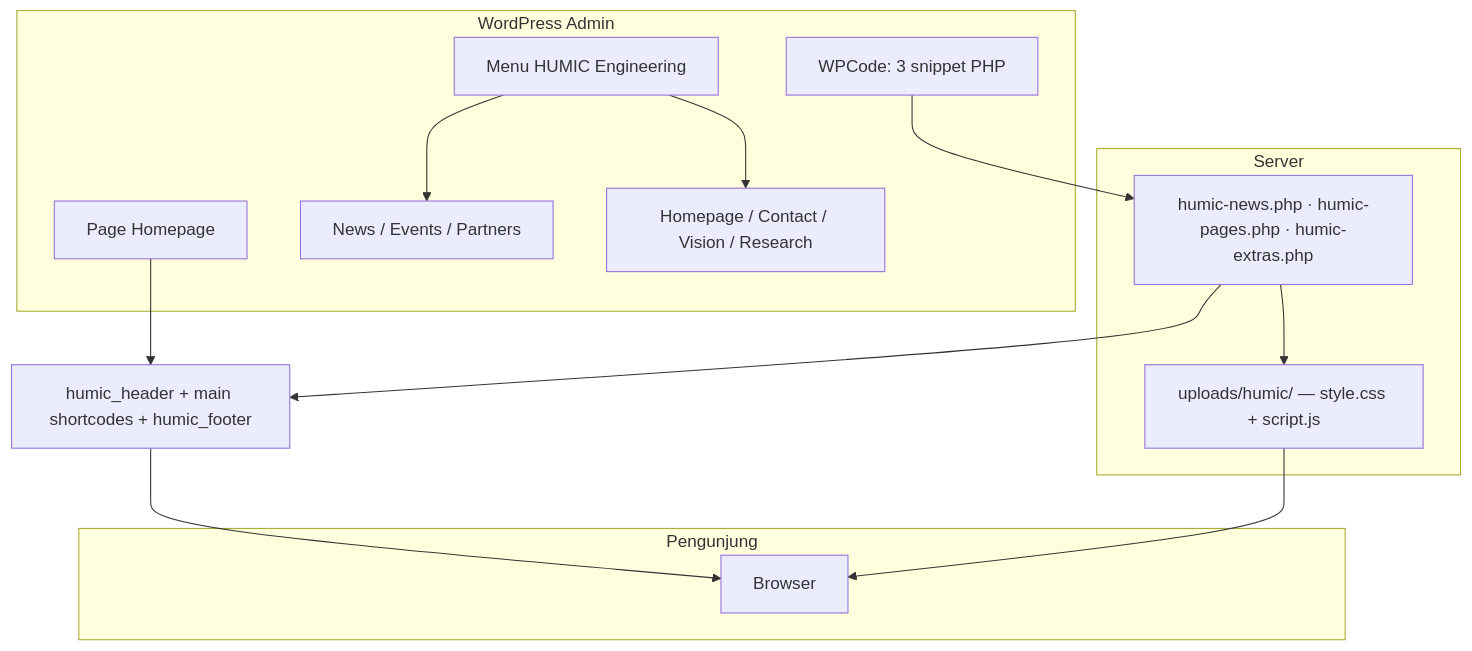
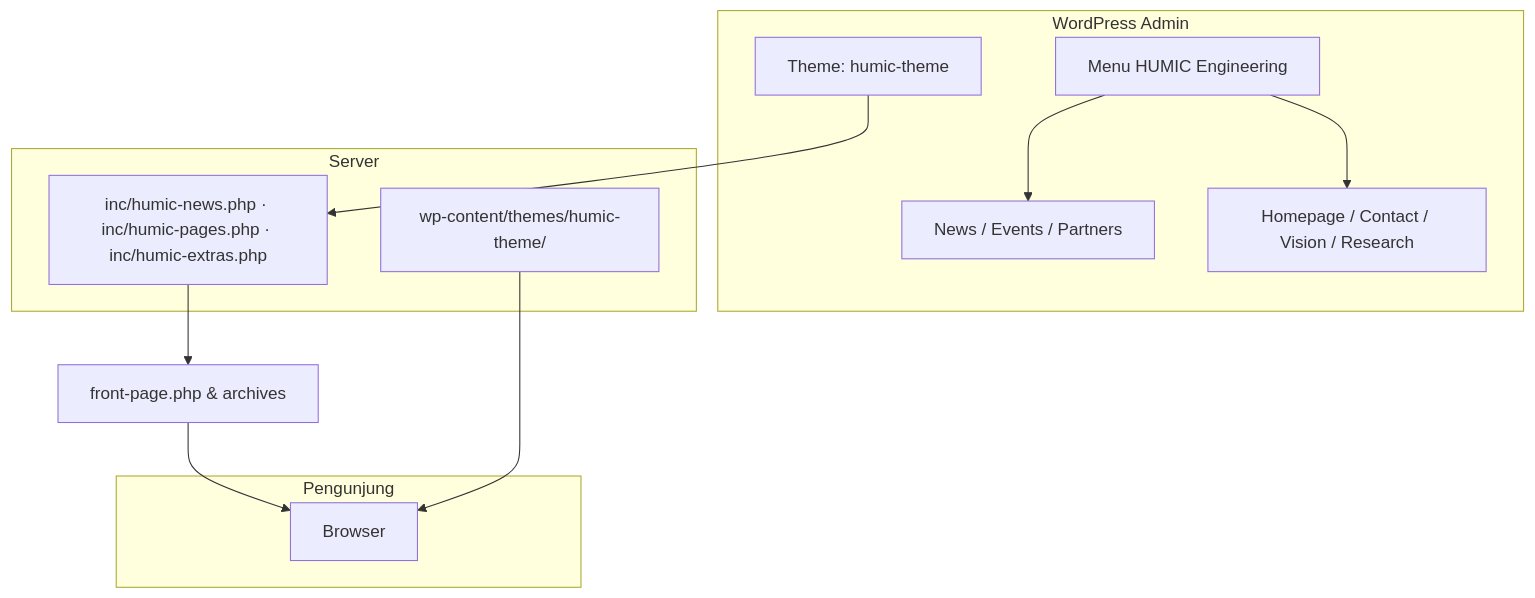
The first of 4 diagrams in README.md (Dhimmas/humicengineeringlandingpagewordpress), drawn with Mermaid before and after one commit. The commit also changed other lines of this file and 1 other file, not shown here.

Commit message:
add humic theme & update readme

````diff
--- a/README.md
+++ b/README.md
@@ -114,25 +114,22 @@
 ```mermaid
 flowchart TB
     subgraph Admin["WordPress Admin"]
-        WPCode["WPCode: 3 snippet PHP"]
-        Page["Page Homepage"]
+        Theme["Theme: humic-theme"]
         HUMICMenu["Menu HUMIC Engineering"]
         HUMICMenu --> News["News / Events / Partners"]
         HUMICMenu --> Settings["Homepage / Contact / Vision / Research"]
     end
 
     subgraph Server["Server"]
-        Uploads["uploads/humic/ — style.css + script.js"]
-        WPCode --> Engine["humic-news.php · humic-pages.php · humic-extras.php"]
+        Uploads["wp-content/themes/humic-theme/"]
+        Theme --> Engine["inc/humic-news.php · inc/humic-pages.php · inc/humic-extras.php"]
     end
 
     subgraph Visitor["Pengunjung"]
         Browser["Browser"]
     end
 
-    Page --> Shortcodes["humic_header + main shortcodes + humic_footer"]
-    Engine --> Shortcodes
-    Engine --> Uploads
-    Shortcodes --> Browser
+    Engine --> Pages["front-page.php & archives"]
+    Pages --> Browser
     Uploads --> Browser
 ```
````
